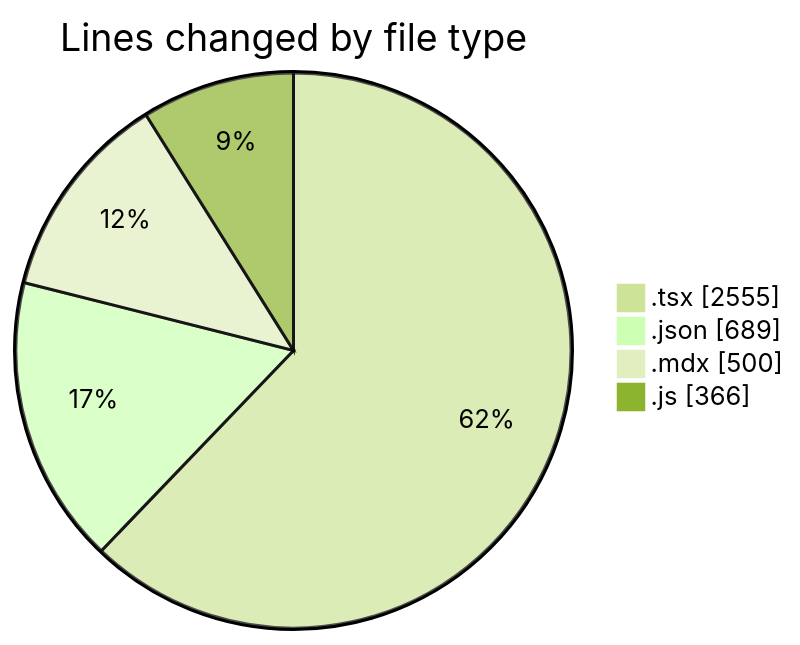
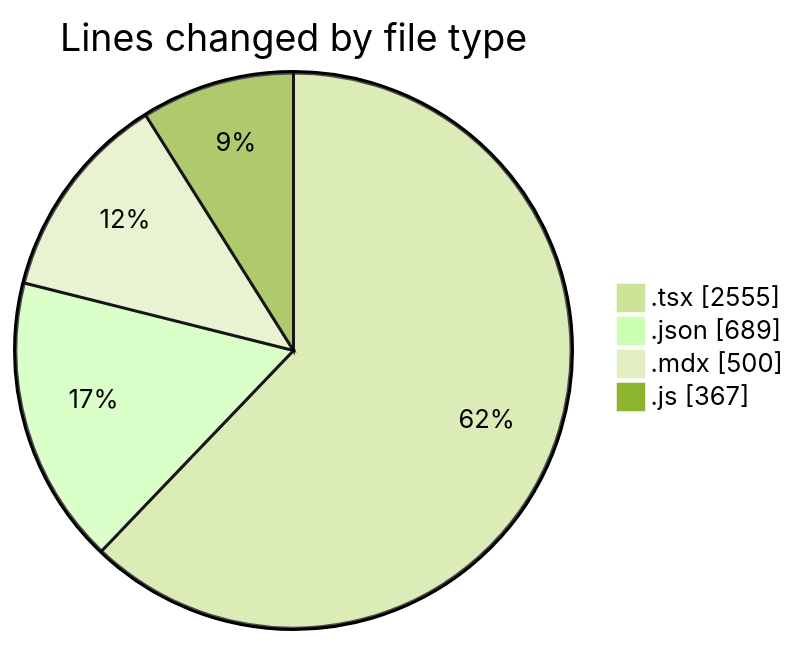
One commit to momahboobian/code-tracking changed the first of 2 diagrams in 2026-01-12/cda/README.md. Above: the diagram before and after it, drawn with Mermaid (forest theme). The commit also changed other lines of this file and 1 other file, not shown here.

````diff
--- a/2026-01-12/cda/README.md
+++ b/2026-01-12/cda/README.md
@@ -30,8 +30,8 @@
 ```mermaid
 pie showData
 title Lines changed by file type
 ".tsx" : 2555
 ".json" : 689
 ".mdx" : 500
-".js" : 366
+".js" : 367
 ```
````
